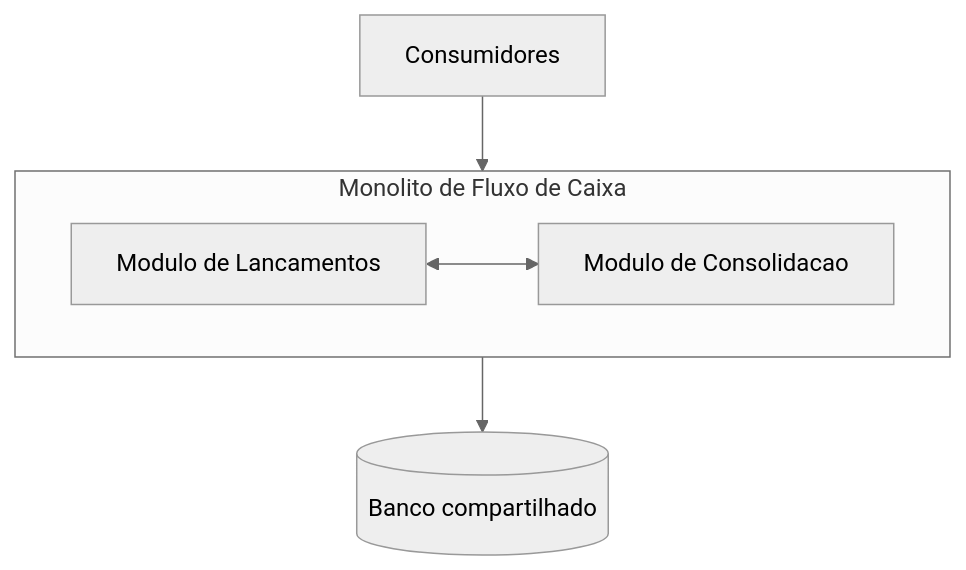
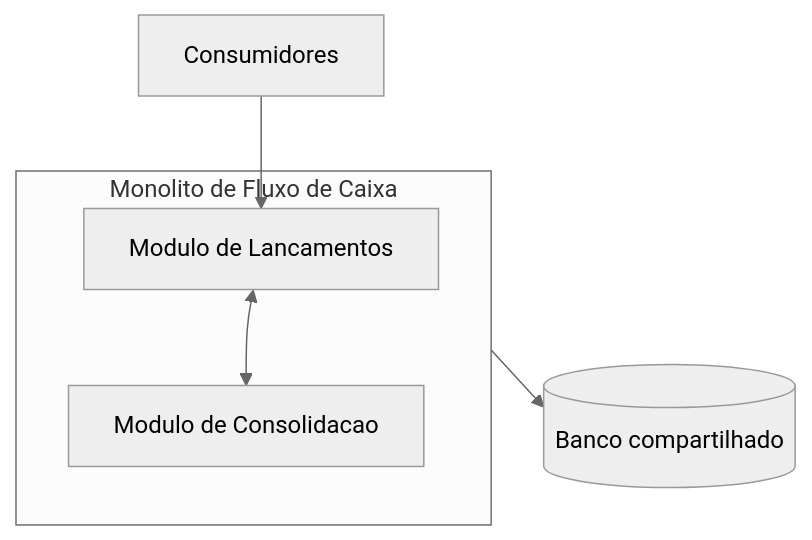
Before and after one commit to ThiagoFerraciolli/cash-flow-architecture: the first of 4 diagrams in docs/03-arquitetura-solucao/arquitetura-transicao-hipotetica.md, drawn with Mermaid (neutral theme).

Commit message:
docs: corrigir inconsistencia visual identificada em auditoria transversal

````diff
--- a/docs/03-arquitetura-solucao/arquitetura-transicao-hipotetica.md
+++ b/docs/03-arquitetura-solucao/arquitetura-transicao-hipotetica.md
@@ -11,10 +11,10 @@
 ```mermaid
 flowchart TB
-    C[Consumidores] --> M[Monolito de Fluxo de Caixa]
+    C[Consumidores] --> L
     subgraph M[Monolito de Fluxo de Caixa]
       L[Modulo de Lancamentos]
       K[Modulo de Consolidacao]
       L <--> K
     end
     M --> DB[(Banco compartilhado)]
 ```
````
